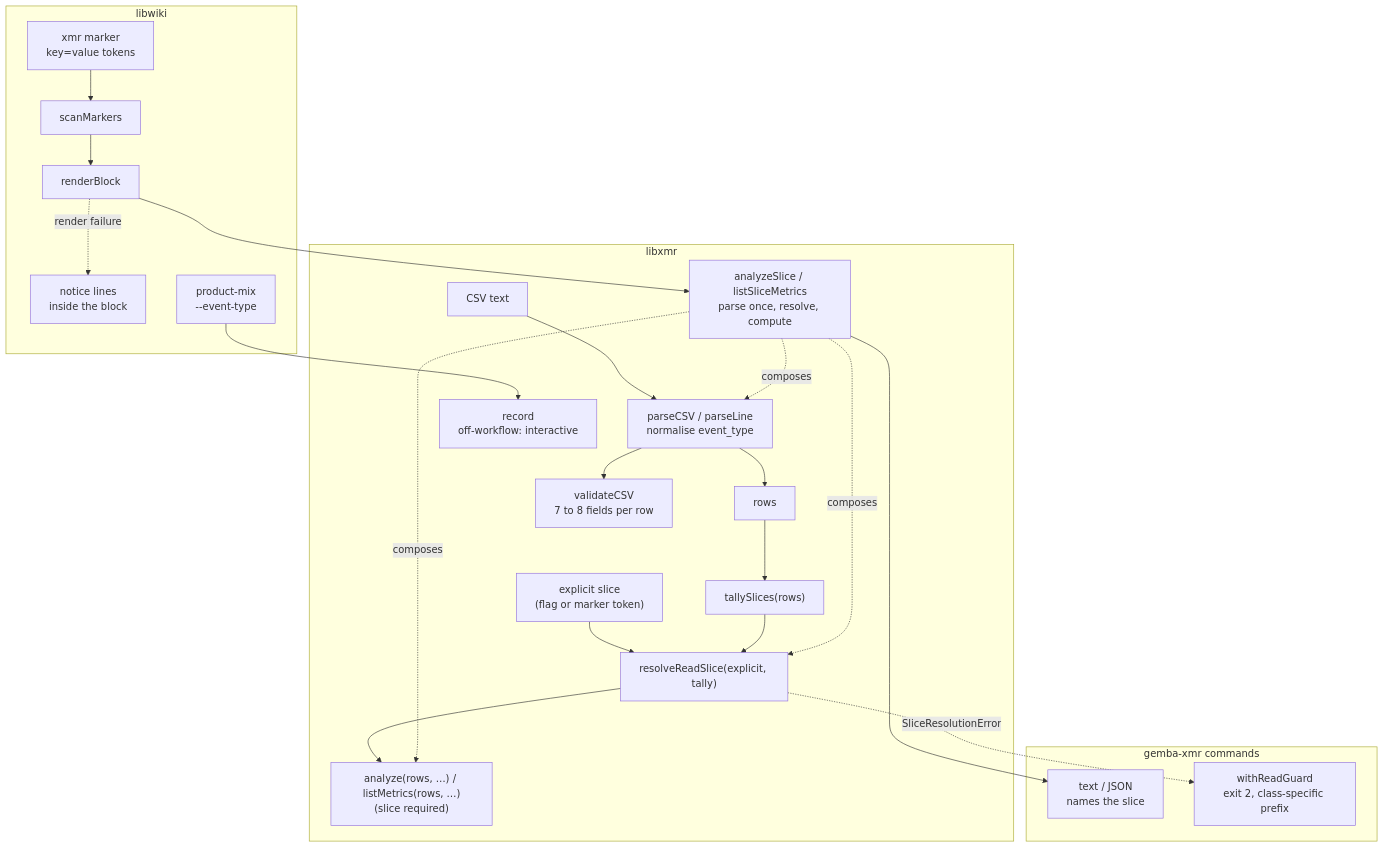
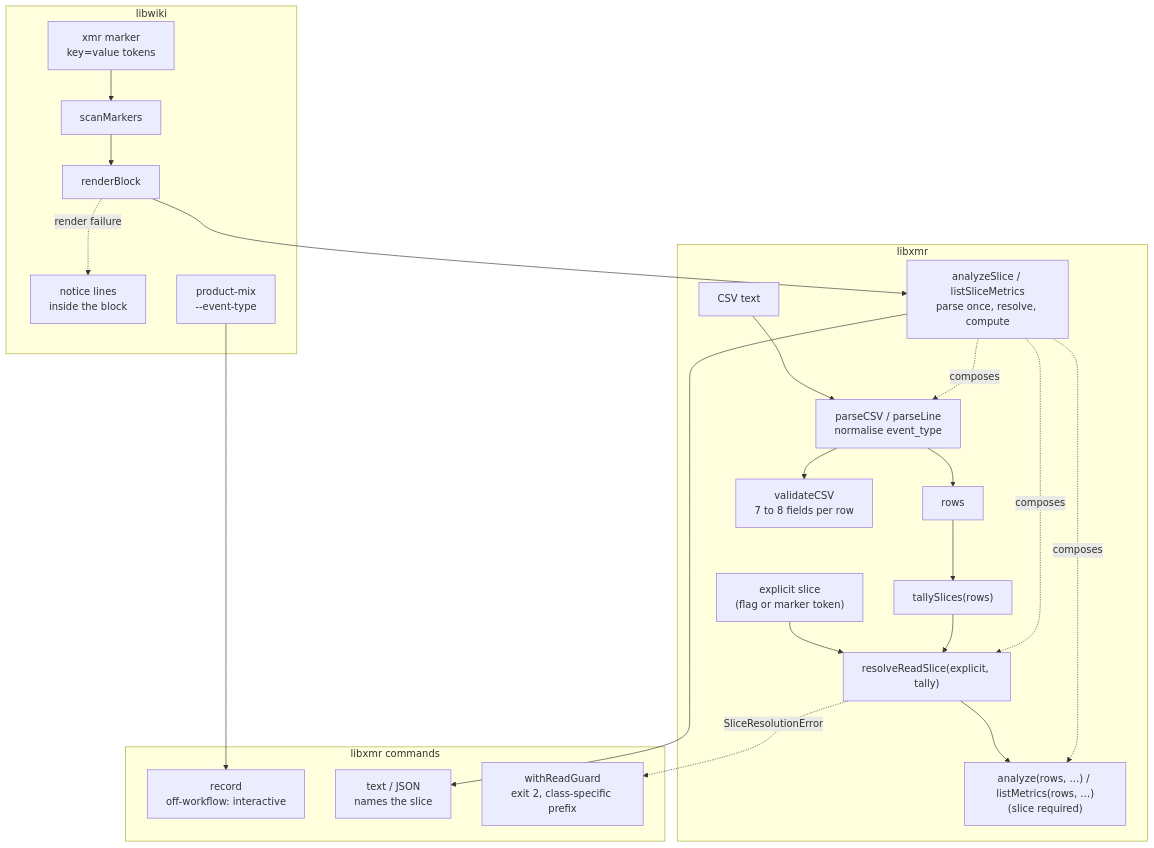
One commit to forwardimpact/monorepo changed the first of 2 diagrams in specs/2370-xmr-slice-contract/design-a.md. Above: the diagram before and after it, drawn with Mermaid. The commit also changed other lines of this file and 1 other file, not shown here.

````diff
--- a/specs/2370-xmr-slice-contract/design-a.md
+++ b/specs/2370-xmr-slice-contract/design-a.md
@@ -9,26 +11,26 @@
 ```mermaid
 graph TD
     subgraph libxmr
         CSV["CSV text"] --> PARSE["parseCSV / parseLine<br/>normalise event_type"]
         PARSE --> ROWS["rows"]
         ROWS --> TALLY["tallySlices(rows)"]
         EXP["explicit slice<br/>(flag or marker token)"] --> RES["resolveReadSlice(explicit, tally)"]
         TALLY --> RES
         RES --> AN["analyze(rows, …) / listMetrics(rows, …)<br/>(slice required)"]
         READ["analyzeSlice / listSliceMetrics<br/>parse once, resolve, compute"] -.composes.-> PARSE
         READ -.composes.-> RES
         READ -.composes.-> AN
         PARSE --> VAL["validateCSV<br/>7 to 8 fields per row"]
+    end
+    subgraph libxmr commands
         REC["record<br/>off-workflow: interactive"]
-    end
-    subgraph gemba-xmr commands
         READ --> OUT["text / JSON<br/>names the slice"]
         RES -. SliceResolutionError .-> GUARD["withReadGuard<br/>exit 2, class-specific prefix"]
     end
     subgraph libwiki
         MK["xmr marker<br/>key=value tokens"] --> SCAN["scanMarkers"] --> RB["renderBlock"]
         RB --> READ
         RB -. render failure .-> NOTE["notice lines<br/>inside the block"]
         PM["product-mix<br/>--event-type"] --> REC
     end
 ```
````
